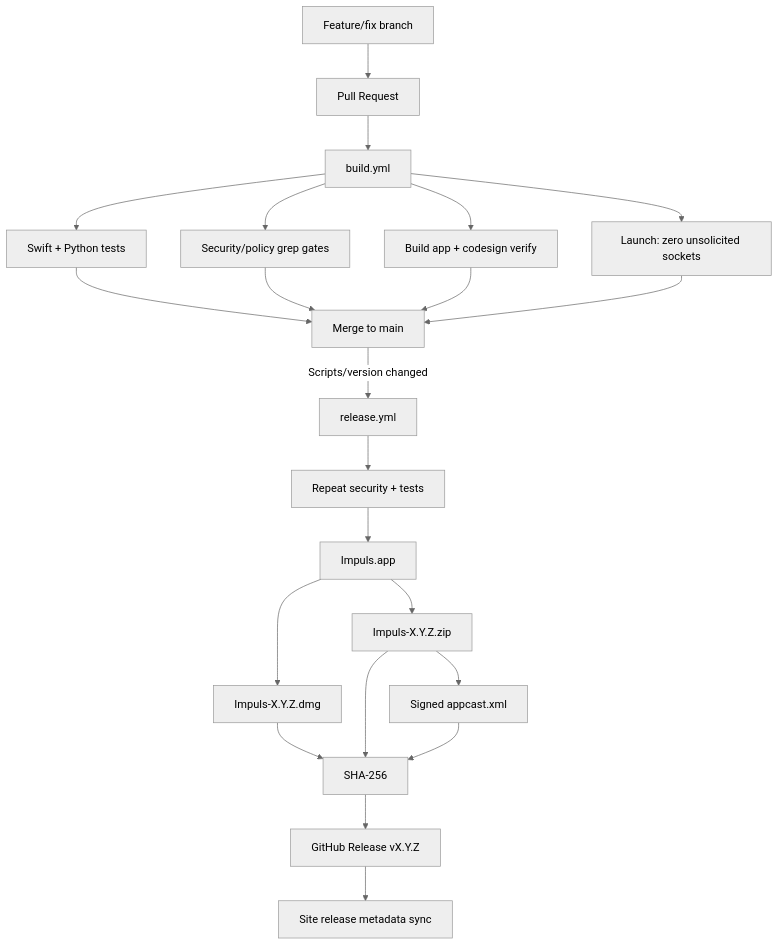
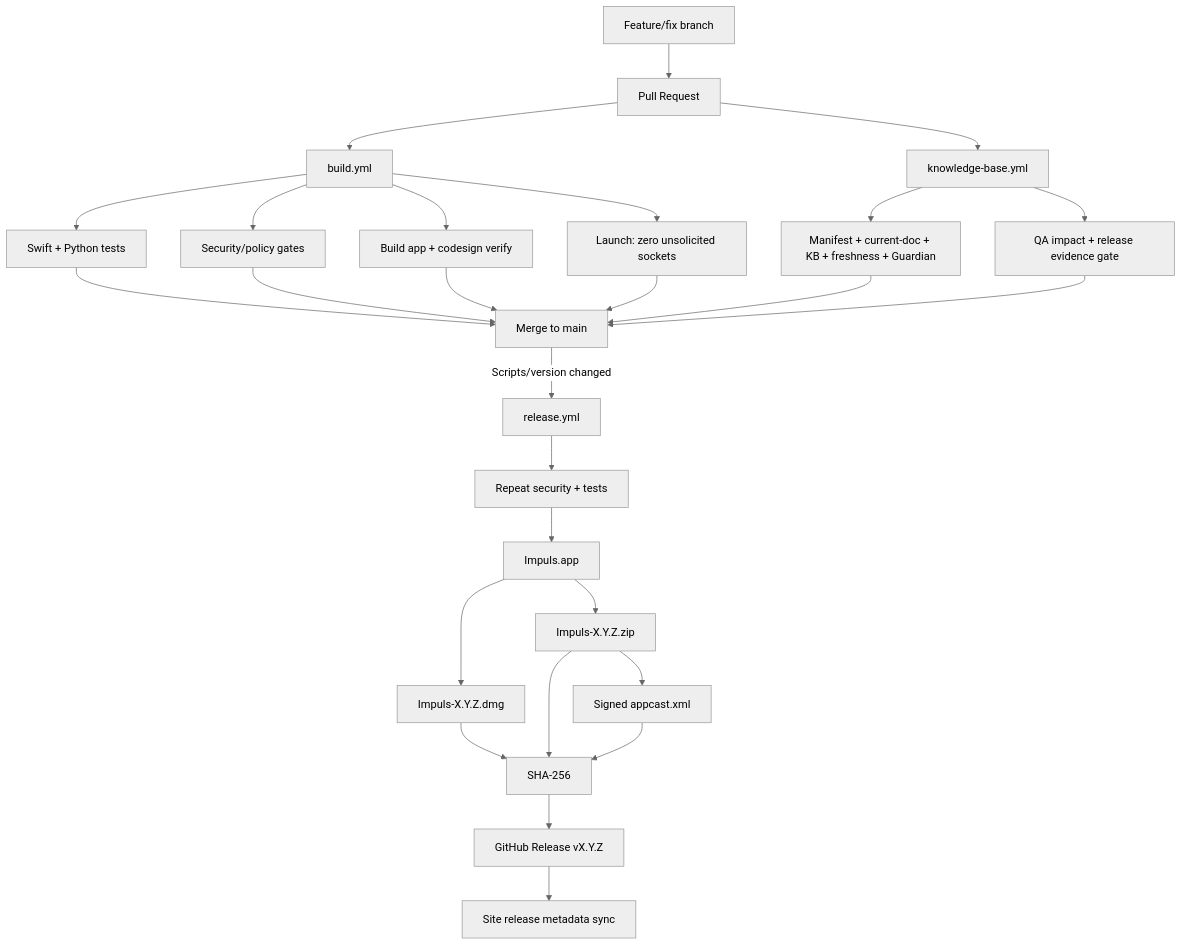
The diagram in knowledge-base/05-release/release-pipeline.md (TumanovNV/impuls), drawn with Mermaid (neutral theme) before and after one commit. The commit also changed other lines of this file and 31 other files, not shown here.

````diff
--- a/knowledge-base/05-release/release-pipeline.md
+++ b/knowledge-base/05-release/release-pipeline.md
@@ -15,24 +15,29 @@
 ```mermaid
 flowchart TD
     A[Feature/fix branch] --> PR[Pull Request]
     PR --> BUILD[build.yml]
+    PR --> KB[knowledge-base.yml]
     BUILD --> T1[Swift + Python tests]
-    BUILD --> POL[Security/policy grep gates]
+    BUILD --> POL[Security/policy gates]
     BUILD --> BUNDLE[Build app + codesign verify]
     BUILD --> SMOKE[Launch: zero unsolicited sockets]
+    KB --> DOC[Manifest + current-doc + KB + freshness + Guardian]
+    KB --> QAI[QA impact + release evidence gate]
     T1 --> MERGE[Merge to main]
     POL --> MERGE
     BUNDLE --> MERGE
     SMOKE --> MERGE
+    DOC --> MERGE
+    QAI --> MERGE
     MERGE -->|Scripts/version changed| REL[release.yml]
     REL --> VERIFY[Repeat security + tests]
     VERIFY --> APP[Impuls.app]
     APP --> DMG[Impuls-X.Y.Z.dmg]
     APP --> ZIP[Impuls-X.Y.Z.zip]
     ZIP --> APPCAST[Signed appcast.xml]
     DMG --> SHA[SHA-256]
     ZIP --> SHA
     APPCAST --> SHA
     SHA --> GH[GitHub Release vX.Y.Z]
     GH --> SITE[Site release metadata sync]
 ```
````
